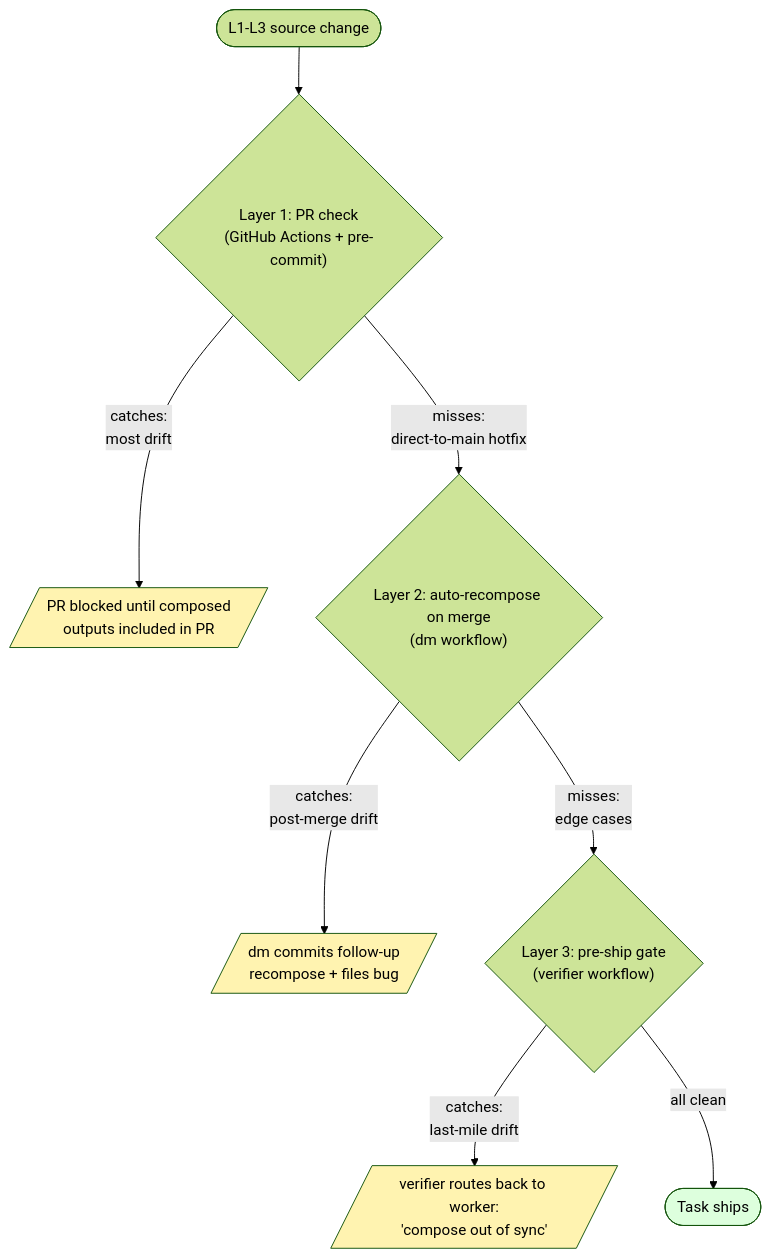
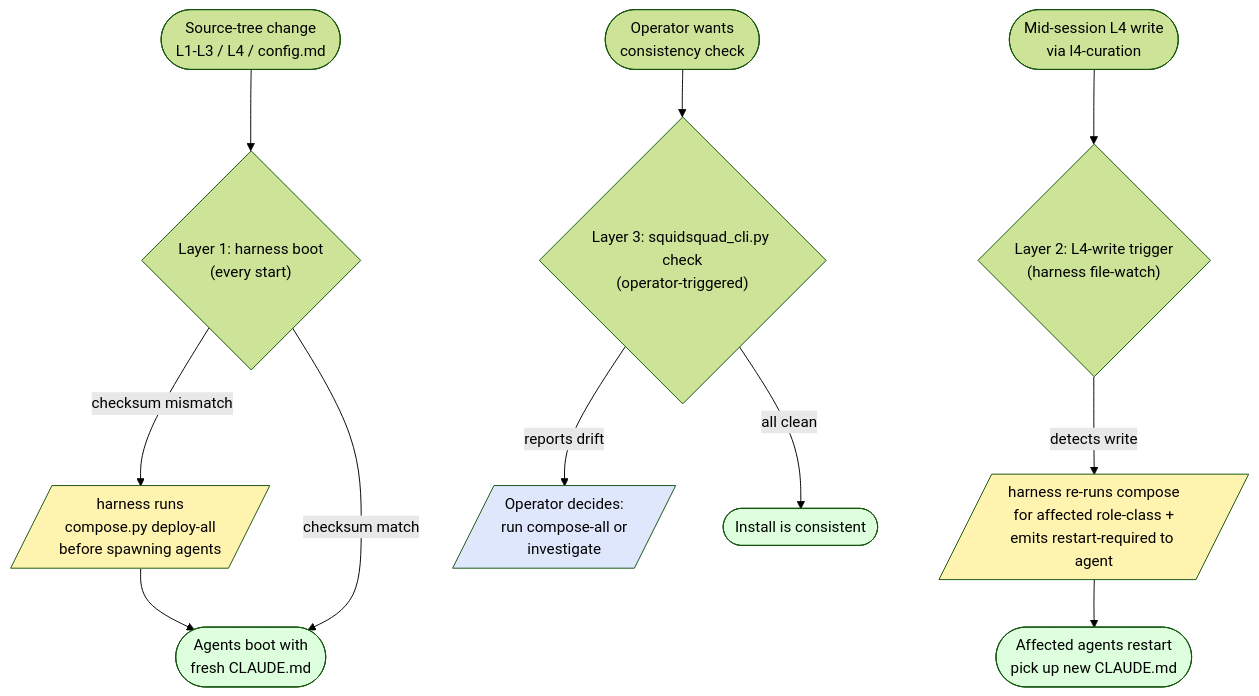
Diagram 12 of 12 in docs/COMPOSE-ARCHITECTURE.md (WallyDoodlez/SquidSquad), drawn with Mermaid (forest theme) before and after one commit. The commit also changed other lines of this file and 4 other files, not shown here.

First line of the commit message:
docs: PRD-A (compose link stage) + TRD §8 revision (harness-owned freshness) (#10383)

````diff
--- a/docs/COMPOSE-ARCHITECTURE.md
+++ b/docs/COMPOSE-ARCHITECTURE.md
@@ -1431,17 +1432,25 @@
 ```mermaid
 flowchart TB
-  Change([L1-L3 source change])
-  Change --> L1c{"Layer 1: PR check<br/>(GitHub Actions + pre-commit)"}
-  L1c -->|"catches:<br/>most drift"| L1Block[/"PR blocked until composed<br/>outputs included in PR"/]
-  L1c -->|"misses:<br/>direct-to-main hotfix"| L2c
-  L2c{"Layer 2: auto-recompose on merge<br/>(dm workflow)"}
-  L2c -->|"catches:<br/>post-merge drift"| L2Block[/"dm commits follow-up<br/>recompose + files bug"/]
-  L2c -->|"misses:<br/>edge cases"| L3c
-  L3c{"Layer 3: pre-ship gate<br/>(verifier workflow)"}
-  L3c -->|"catches:<br/>last-mile drift"| L3Block[/"verifier routes back to worker:<br/>'compose out of sync'"/]
-  L3c -->|"all clean"| Ship([Task ships])
-  style L1Block fill:#fff3b0
-  style L2Block fill:#fff3b0
-  style L3Block fill:#fff3b0
-  style Ship fill:#dfd
+  Source([Source-tree change<br/>L1-L3 / L4 / config.md])
+  Source --> Boot{"Layer 1: harness boot<br/>(every start)"}
+  Boot -->|"checksum mismatch"| L1Fix[/"harness runs<br/>compose.py deploy-all<br/>before spawning agents"/]
+  L1Fix --> Spawn([Agents boot with<br/>fresh CLAUDE.md])
+  Boot -->|"checksum match"| Spawn
+
+  L4Write([Mid-session L4 write<br/>via l4-curation])
+  L4Write --> L2c{"Layer 2: L4-write trigger<br/>(harness file-watch)"}
+  L2c -->|"detects write"| L2Fix[/"harness re-runs compose<br/>for affected role-class +<br/>emits restart-required to agent"/]
+  L2Fix --> Restart([Affected agents restart<br/>pick up new CLAUDE.md])
+
+  Op([Operator wants<br/>consistency check])
+  Op --> L3c{"Layer 3: squidsquad_cli.py check<br/>(operator-triggered)"}
+  L3c -->|"reports drift"| L3Info[/"Operator decides:<br/>run compose-all or<br/>investigate"/]
+  L3c -->|"all clean"| L3OK([Install is consistent])
+
+  style L1Fix fill:#fff3b0
+  style L2Fix fill:#fff3b0
+  style L3Info fill:#dfe7fd
+  style Spawn fill:#dfd
+  style Restart fill:#dfd
+  style L3OK fill:#dfd
 ```
````
